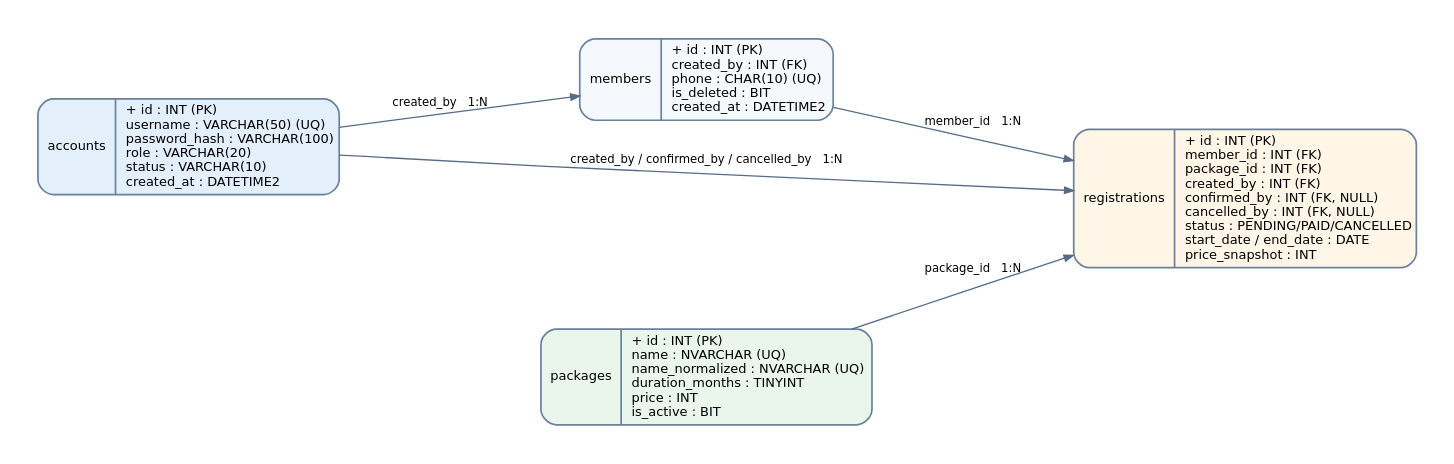
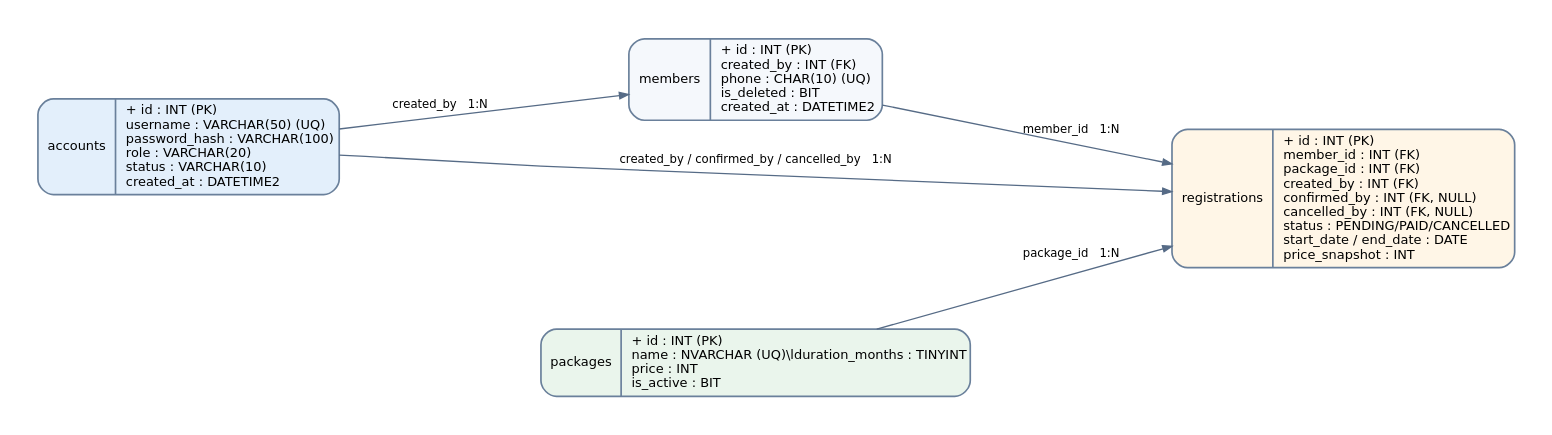
One commit to MrDonut12/gym-management changed the diagram in docs/database/Gym_Management_ERD_Baseline_2.0.dot. Above: the diagram before and after it, drawn with Graphviz. The commit also changed 5 other files, not shown here.

```diff
--- a/docs/database/Gym_Management_ERD_Baseline_2.0.dot
+++ b/docs/database/Gym_Management_ERD_Baseline_2.0.dot
@@ -1,13 +1,13 @@
 digraph ERD {
  graph [rankdir=LR, bgcolor="white", pad="0.3", nodesep="0.7", ranksep="1.1", splines=polyline, fontname="DejaVu Sans"];
  node [shape=record, fontname="DejaVu Sans", fontsize=10, style="rounded,filled", fillcolor="#f5f8fc", color="#6a809b", penwidth=1.3];
  edge [fontname="DejaVu Sans", fontsize=9, color="#566b86", arrowsize=0.7];
  accounts [label="{accounts|+ id : INT (PK)\lusername : VARCHAR(50) (UQ)\lpassword_hash : VARCHAR(100)\lrole : VARCHAR(20)\lstatus : VARCHAR(10)\lcreated_at : DATETIME2\l}",fillcolor="#e3effb"];
  members [label="{members|+ id : INT (PK)\lcreated_by : INT (FK)\lphone : CHAR(10) (UQ)\lis_deleted : BIT\lcreated_at : DATETIME2\l}"];
- packages [label="{packages|+ id : INT (PK)\lname : NVARCHAR (UQ)\lname_normalized : NVARCHAR (UQ)\lduration_months : TINYINT\lprice : INT\lis_active : BIT\l}",fillcolor="#eaf5ec"];
+ packages [label="{packages|+ id : INT (PK)\lname : NVARCHAR (UQ)\\lduration_months : TINYINT\lprice : INT\lis_active : BIT\l}",fillcolor="#eaf5ec"];
  registrations [label="{registrations|+ id : INT (PK)\lmember_id : INT (FK)\lpackage_id : INT (FK)\lcreated_by : INT (FK)\lconfirmed_by : INT (FK, NULL)\lcancelled_by : INT (FK, NULL)\lstatus : PENDING/PAID/CANCELLED\lstart_date / end_date : DATE\lprice_snapshot : INT\l}",fillcolor="#fff6e7"];
  accounts -> members [label="created_by   1:N"];
  accounts -> registrations [label="created_by / confirmed_by / cancelled_by   1:N"];
  members -> registrations [label="member_id   1:N"];
  packages -> registrations [label="package_id   1:N"];
 }
```
